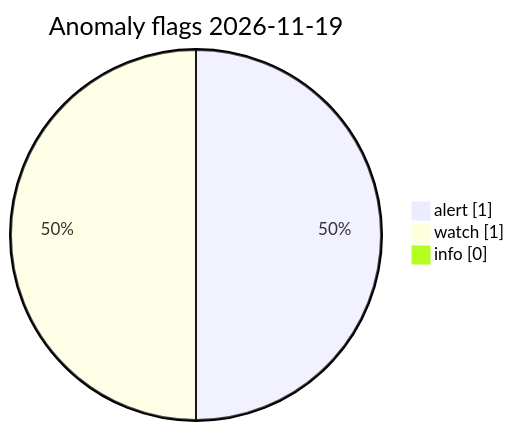
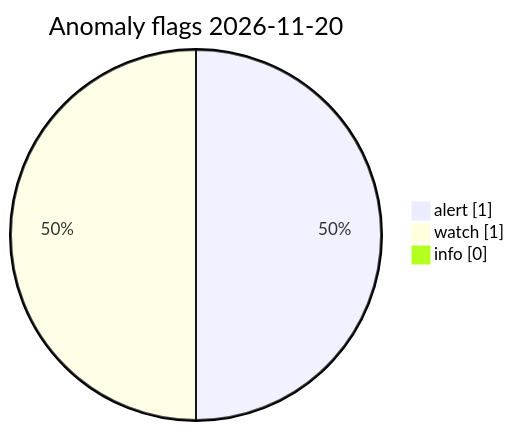
One commit to Midwest-Stratospheric/Unified-Open-Global-Weather changed the diagram in visuals/latest/CHARTS.md. Above: the diagram before and after it, drawn with Mermaid. The commit also changed other lines of this file and 23 other files, not shown here.

Commit message:
data(visuals): automated charts 2026-11-20T13:43Z

````diff
--- a/visuals/latest/CHARTS.md
+++ b/visuals/latest/CHARTS.md
@@ -73,7 +73,7 @@
 ```mermaid
 pie showData
-  title Anomaly flags 2026-11-19
+  title Anomaly flags 2026-11-20
   "alert" : 1
   "watch" : 1
   "info" : 0
 ```
````
